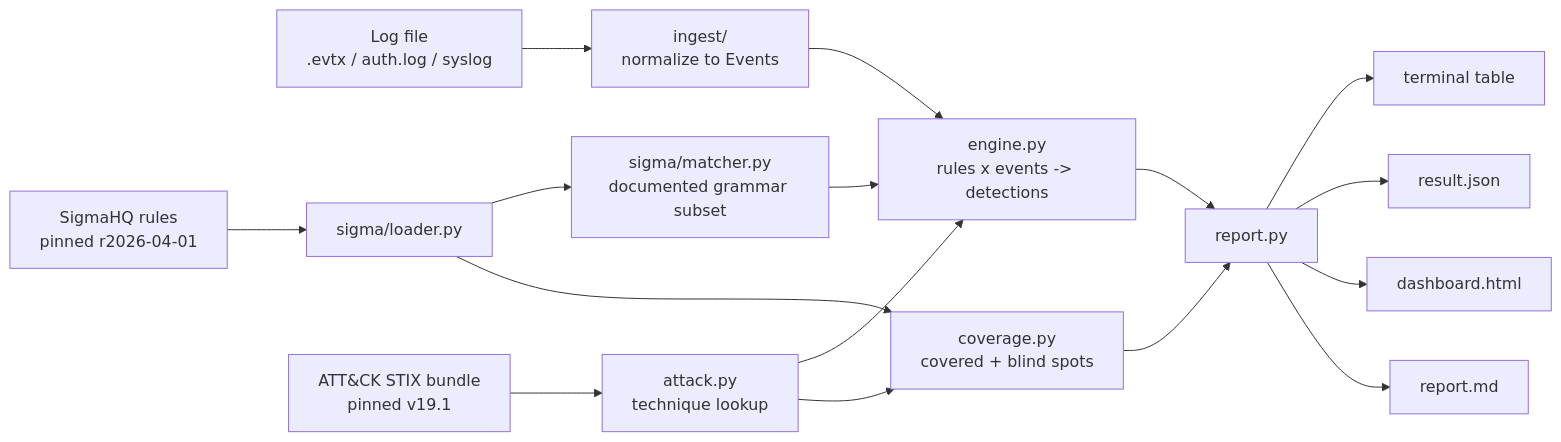
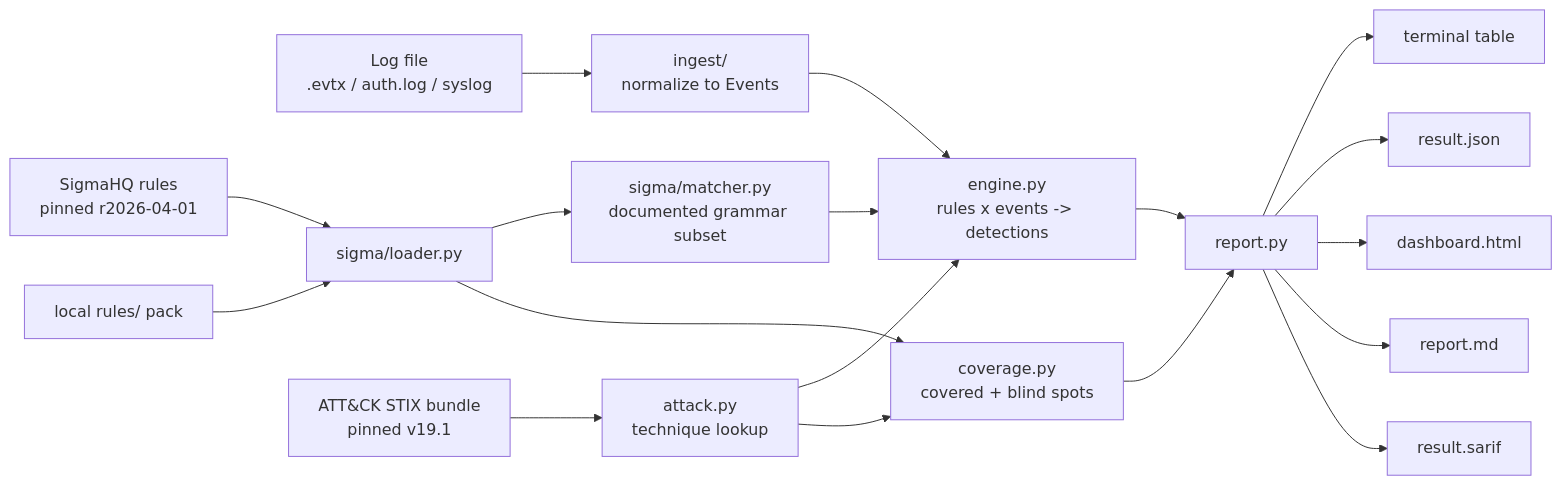
The diagram in README.md (mthompsen/bastion), drawn with Mermaid before and after one commit. The commit also changed other lines of this file and 23 other files, not shown here.

First line of the commit message:
Add SARIF output, extended Sigma grammar, local rule pack, dashboard timeline

````diff
--- a/README.md
+++ b/README.md
@@ -41,18 +41,20 @@
 ```mermaid
 flowchart LR
     LOG[Log file<br/>.evtx / auth.log / syslog] --> ING[ingest/<br/>normalize to Events]
     SR[SigmaHQ rules<br/>pinned r2026-04-01] --> LD[sigma/loader.py]
+    LR[local rules/ pack] --> LD
     LD --> MT[sigma/matcher.py<br/>documented grammar subset]
     AT[ATT&CK STIX bundle<br/>pinned v19.1] --> AK[attack.py<br/>technique lookup]
     ING --> EN[engine.py<br/>rules x events -> detections]
     MT --> EN
     AK --> EN
     LD --> CV[coverage.py<br/>covered + blind spots]
     AK --> CV
     EN --> RP[report.py]
     CV --> RP
     RP --> T1[terminal table]
     RP --> T2[result.json]
     RP --> T3[dashboard.html]
     RP --> T4[report.md]
+    RP --> T5[result.sarif]
 ```
````
